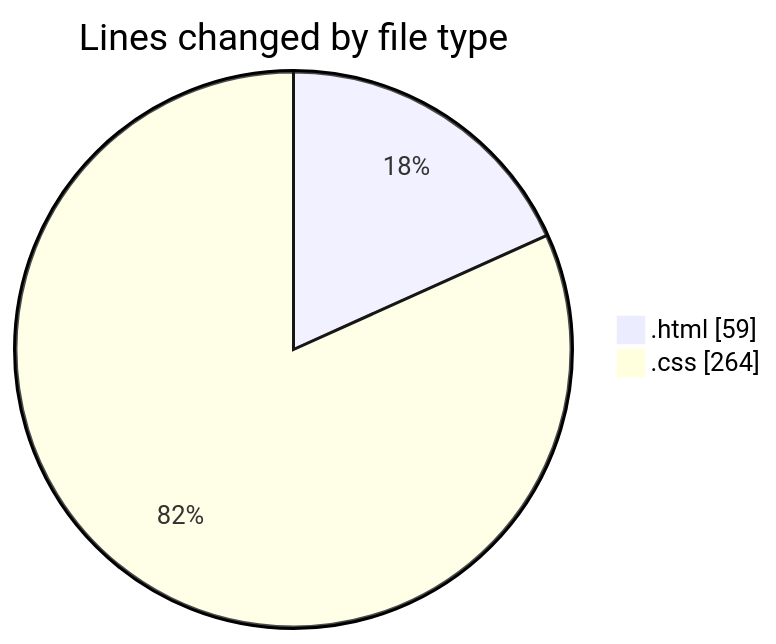
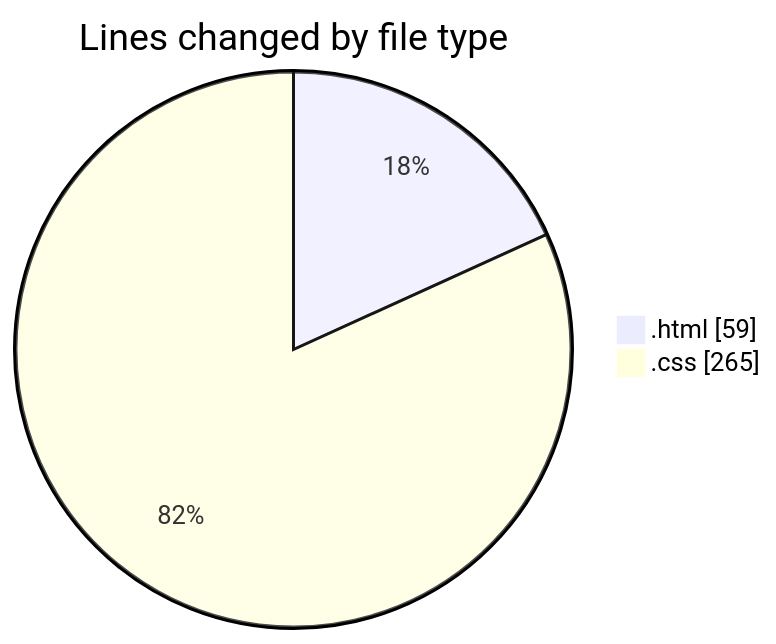
One commit to CELIANVF/code-tracking changed the first of 2 diagrams in 2025-04-15/portfolio/README.md. Above: the diagram before and after it, drawn with Mermaid. The commit also changed other lines of this file and 1 other file, not shown here.

````diff
--- a/2025-04-15/portfolio/README.md
+++ b/2025-04-15/portfolio/README.md
@@ -21,6 +21,6 @@
 ```mermaid
 pie showData
 title Lines changed by file type
 ".html" : 59
-".css" : 264
+".css" : 265
 ```
````
